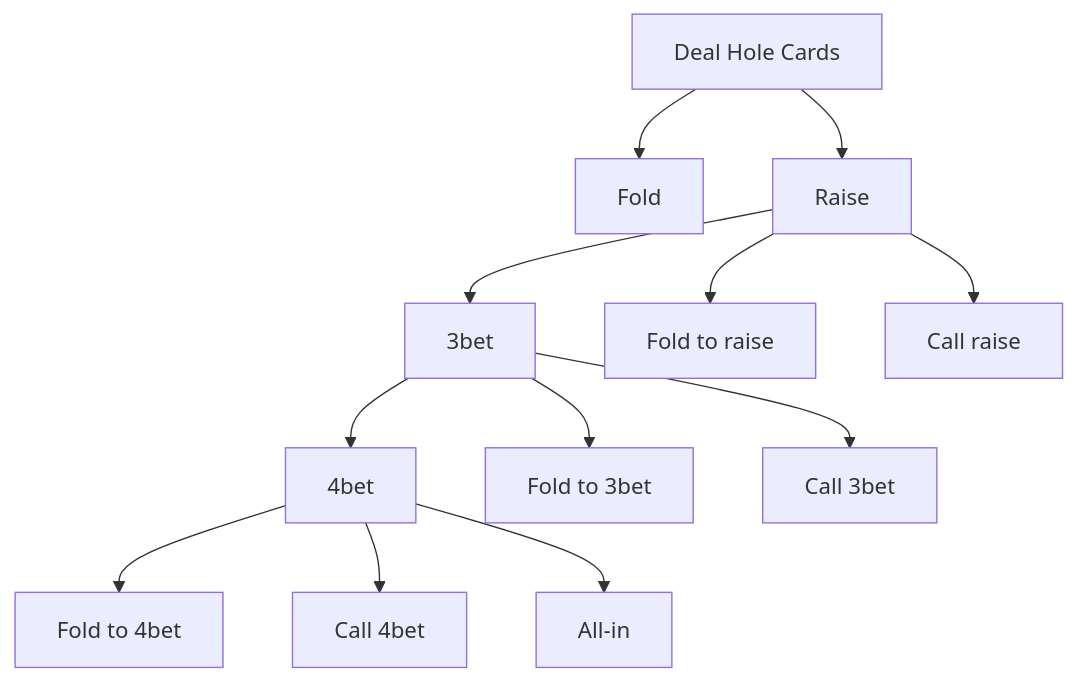
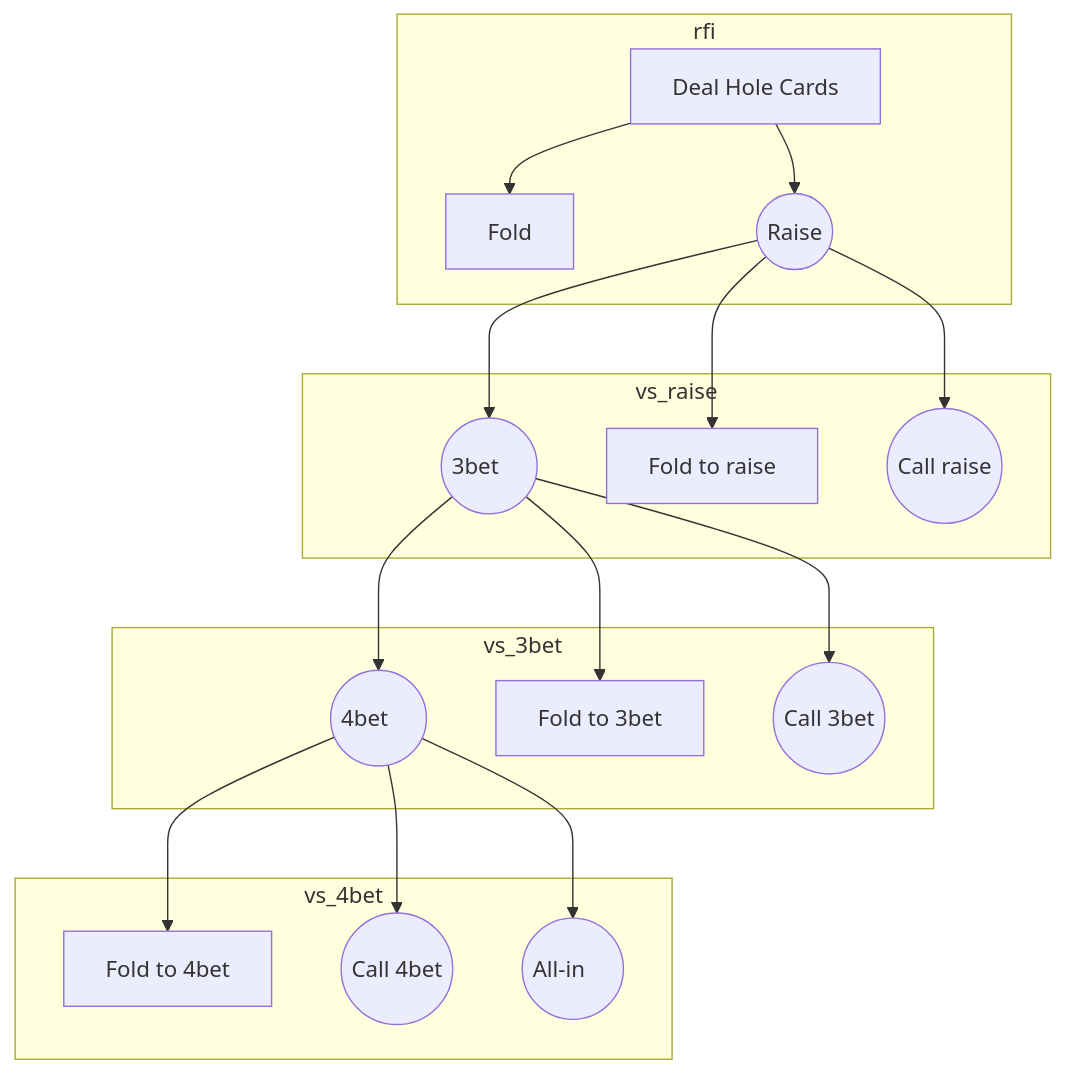
Before and after one commit to knlnguyen1802/test: the diagram in gtoterminal/preflop-lookup/PREFLOP_GAME_TREE.MD, drawn with Mermaid. The commit also changed 18 other files, not shown here.

````diff
--- a/gtoterminal/preflop-lookup/PREFLOP_GAME_TREE.MD
+++ b/gtoterminal/preflop-lookup/PREFLOP_GAME_TREE.MD
@@ -3,19 +3,27 @@
 ```mermaid
 graph TB
     Start[Deal Hole Cards]
 
-    Start --> F[Fold]
-    Start --> R[Raise]
+    subgraph rfi
+        Start --> F[Fold]
+        Start --> R((Raise))
+    end
 
-    R --> FR[Fold to raise]
-    R --> CR[Call raise]
-    R --> 3[3bet]
+    subgraph vs_raise
+        R --> FR[Fold to raise]
+        R --> CR((Call raise))
+        R --> 3((3bet &emsp;))
+    end
 
-    3 --> F3[Fold to 3bet]
-    3 --> C3[Call 3bet]
-    3 --> 4[4bet]
+    subgraph vs_3bet
+        3 --> F3[Fold to 3bet]
+        3 --> C3((Call 3bet))
+        3 --> 4((4bet &emsp;))
+    end
 
-    4 --> F4[Fold to 4bet]
-    4 --> C4[Call 4bet]
-    4 --> A[All-in]
+    subgraph vs_4bet
+        4 --> F4[Fold to 4bet]
+        4 --> C4((Call 4bet))
+        4 --> A((All-in &emsp;))
+    end
 ```
````
